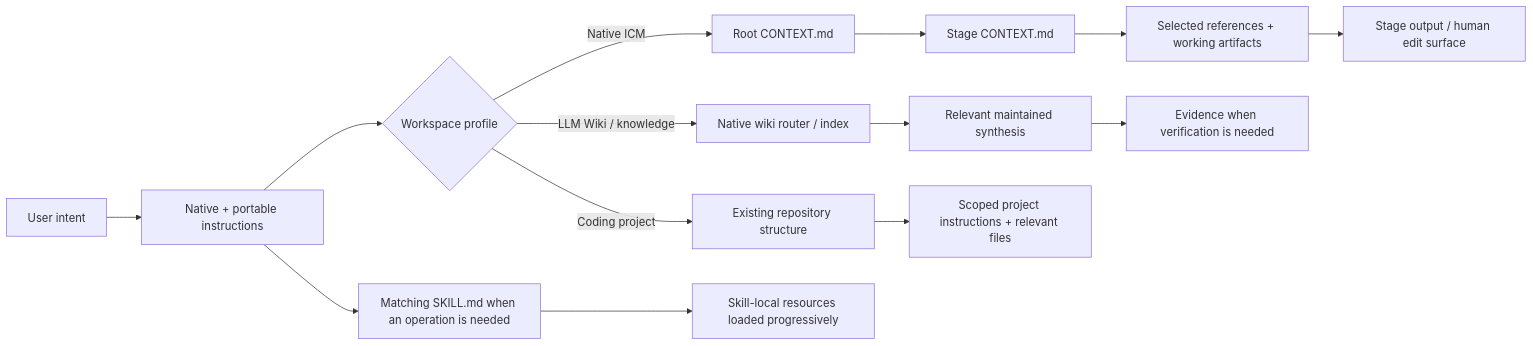
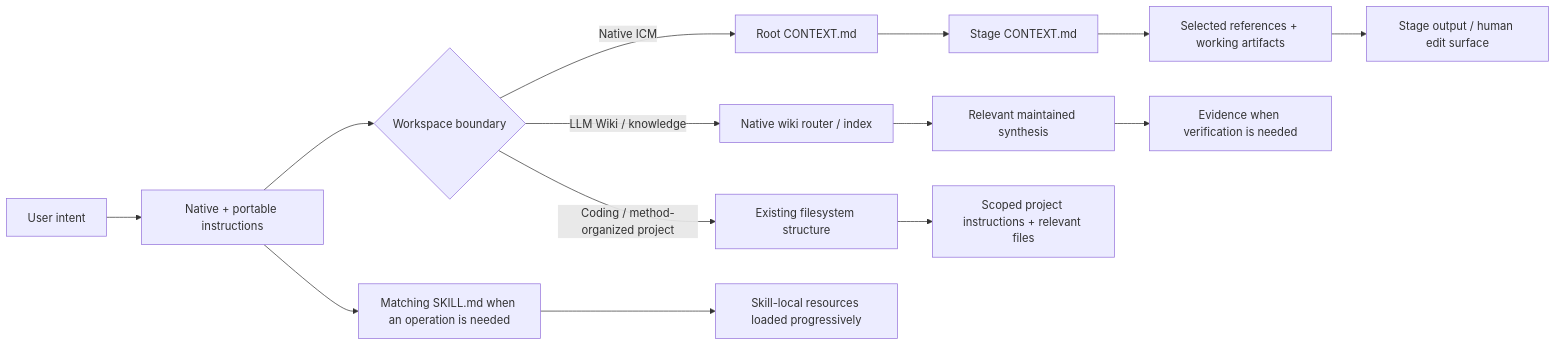
One commit to yonasuriv/CCA changed the second of 5 diagrams in README.md. Above: the diagram before and after it, drawn with Mermaid. The commit also changed other lines of this file, not shown here.

Commit message:
Explain CCA method composition and skill suite model

````diff
--- a/README.md
+++ b/README.md
@@ -102,20 +129,20 @@
 ```mermaid
 flowchart LR
     U["User intent"] --> N["Native + portable instructions"]
-    N --> P{"Workspace profile"}
+    N --> P{"Workspace boundary"}
 
     P -->|"Native ICM"| C["Root CONTEXT.md"]
     C --> S["Stage CONTEXT.md"]
     S --> X["Selected references + working artifacts"]
     X --> O["Stage output / human edit surface"]
 
     P -->|"LLM Wiki / knowledge"| I["Native wiki router / index"]
     I --> W["Relevant maintained synthesis"]
     W --> E["Evidence when verification is needed"]
 
-    P -->|"Coding project"| R["Existing repository structure"]
+    P -->|"Coding / method-organized project"| R["Existing filesystem structure"]
     R --> D["Scoped project instructions + relevant files"]
 
     N --> K["Matching SKILL.md when an operation is needed"]
     K --> Q["Skill-local resources loaded progressively"]
 ```
````
